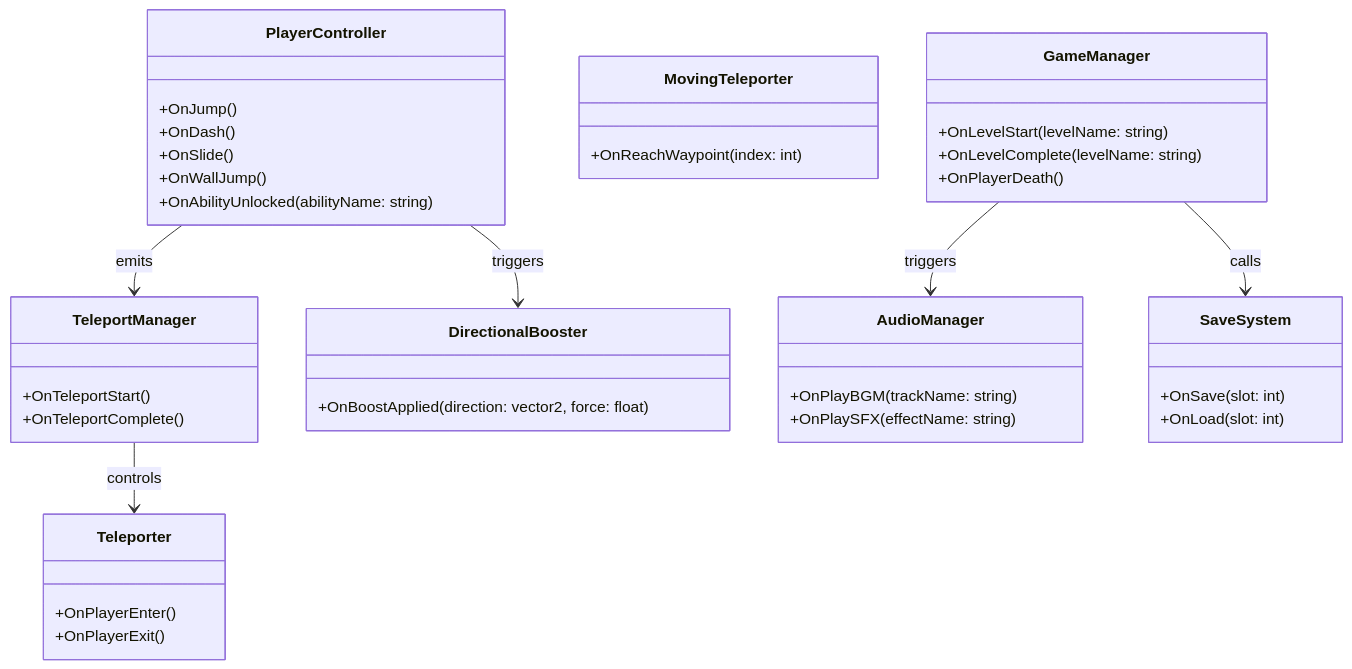
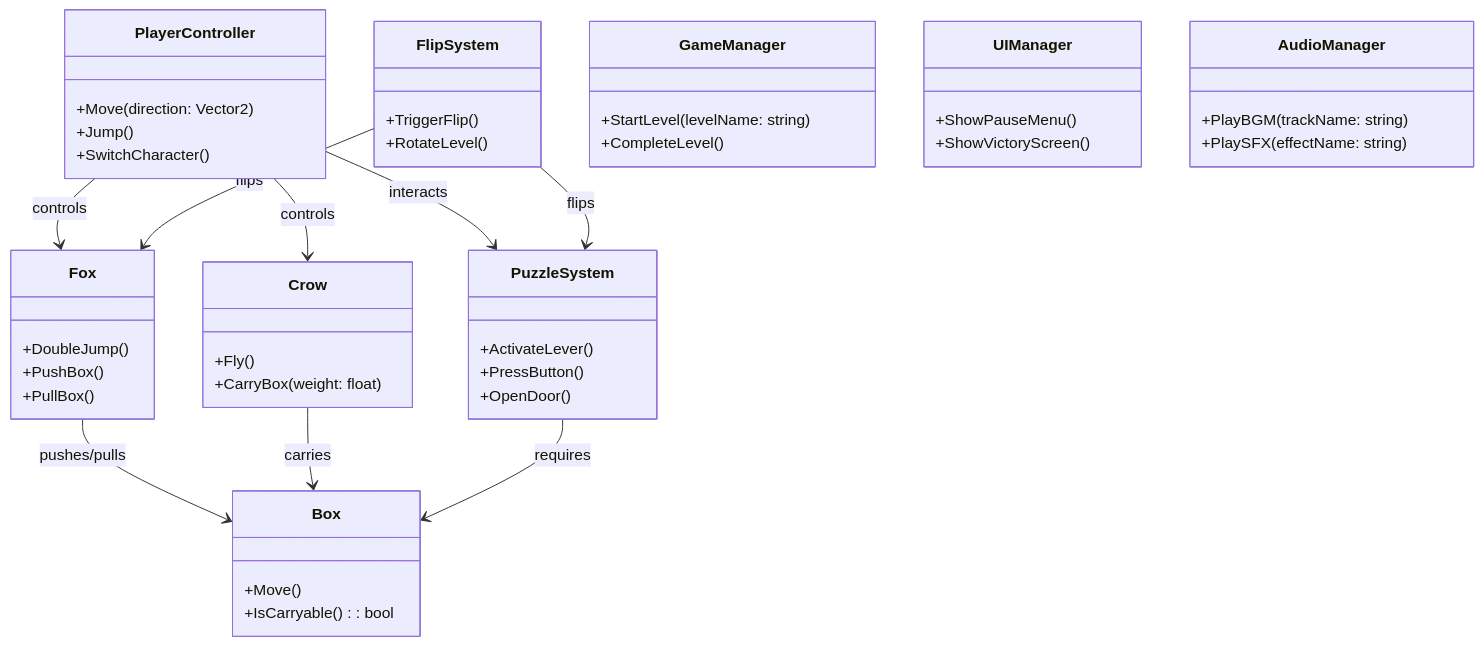
The fourth of 4 diagrams in README.md (Justsomeguy241/Out-of-the-box), drawn with Mermaid before and after one commit. The commit also changed other lines of this file, not shown here.

````diff
--- a/README.md
+++ b/README.md
@@ -181,56 +181,65 @@
 ```mermaid
 classDiagram
     %% --- Core Gameplay ---
     class PlayerController {
-        +OnJump()
-        +OnDash()
-        +OnSlide()
-        +OnWallJump()
-        +OnAbilityUnlocked(abilityName: string)
+        +Move(direction: Vector2)
+        +Jump()
+        +SwitchCharacter()
     }
 
-    class TeleportManager {
-        +OnTeleportStart()
-        +OnTeleportComplete()
+    class Fox {
+        +DoubleJump()
+        +PushBox()
+        +PullBox()
     }
 
-    class Teleporter {
-        +OnPlayerEnter()
-        +OnPlayerExit()
+    class Crow {
+        +Fly()
+        +CarryBox(weight: float)
     }
 
-    class MovingTeleporter {
-        +OnReachWaypoint(index: int)
+    class PuzzleSystem {
+        +ActivateLever()
+        +PressButton()
+        +OpenDoor()
     }
 
-    class DirectionalBooster {
-        +OnBoostApplied(direction: vector2, force: float)
+    class Box {
+        +Move()
+        +IsCarryable(): bool
     }
 
-    %% --- Systems ---
+    class FlipSystem {
+        +TriggerFlip()
+        +RotateLevel()
+    }
+
+    %% --- Game Flow & UI ---
     class GameManager {
-        +OnLevelStart(levelName: string)
-        +OnLevelComplete(levelName: string)
-        +OnPlayerDeath()
+        +StartLevel(levelName: string)
+        +CompleteLevel()
+    }
+
+    class UIManager {
+        +ShowPauseMenu()
+        +ShowVictoryScreen()
     }
 
     class AudioManager {
-        +OnPlayBGM(trackName: string)
-        +OnPlaySFX(effectName: string)
+        +PlayBGM(trackName: string)
+        +PlaySFX(effectName: string)
     }
 
-    class SaveSystem {
-        +OnSave(slot: int)
-        +OnLoad(slot: int)
-    }
-
-    %% --- Relations (who emits what) ---
-    PlayerController --> TeleportManager : emits
-    PlayerController --> DirectionalBooster : triggers
-    TeleportManager --> Teleporter : controls
-    GameManager --> SaveSystem : calls
-    GameManager --> AudioManager : triggers
-
+    %% --- Relations ---
+    PlayerController --> Fox : controls
+    PlayerController --> Crow : controls
+    PlayerController --> PuzzleSystem : interacts
+    Fox --> Box : pushes/pulls
+    Crow --> Box : carries
+    PuzzleSystem --> Box : requires
+    FlipSystem --> PuzzleSystem : flips
+    FlipSystem --> Fox : flips
+    FlipSystem -
 
 
 ```
````
